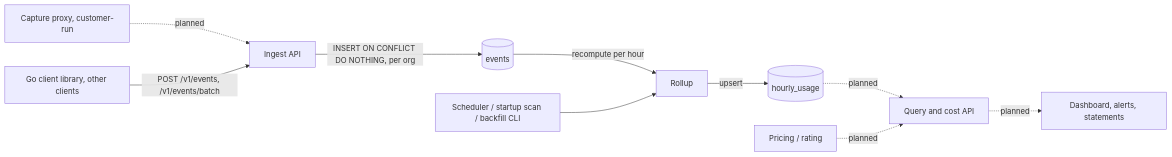
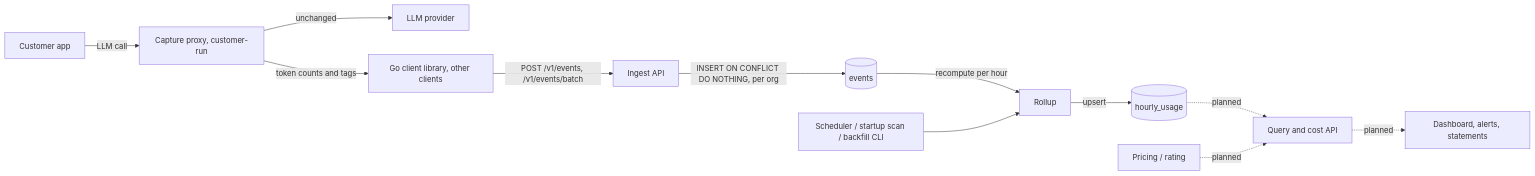
One commit to CheeseBurger7/llm-usage-meter changed the diagram in README.md. Above: the diagram before and after it, drawn with Mermaid. The commit also changed other lines of this file and 3 other files, not shown here.

Commit message:
docs: describe the capture proxy

````diff
--- a/README.md
+++ b/README.md
@@ -79,12 +82,14 @@
 ```mermaid
 flowchart LR
-    X[Capture proxy, customer-run] -.->|planned| I
+    A[Customer app] -->|LLM call| X[Capture proxy, customer-run]
+    X -->|unchanged| L[LLM provider]
+    X -->|token counts and tags| C
     C[Go client library, other clients] -->|POST /v1/events, /v1/events/batch| I[Ingest API]
     I -->|INSERT ON CONFLICT DO NOTHING, per org| E[(events)]
     E -->|recompute per hour| R[Rollup]
     S[Scheduler / startup scan / backfill CLI] --> R
     R -->|upsert| H[(hourly_usage)]
     H -.->|planned| Q[Query and cost API]
     P[Pricing / rating] -.->|planned| Q
     Q -.->|planned| D[Dashboard, alerts, statements]
 ```
````
